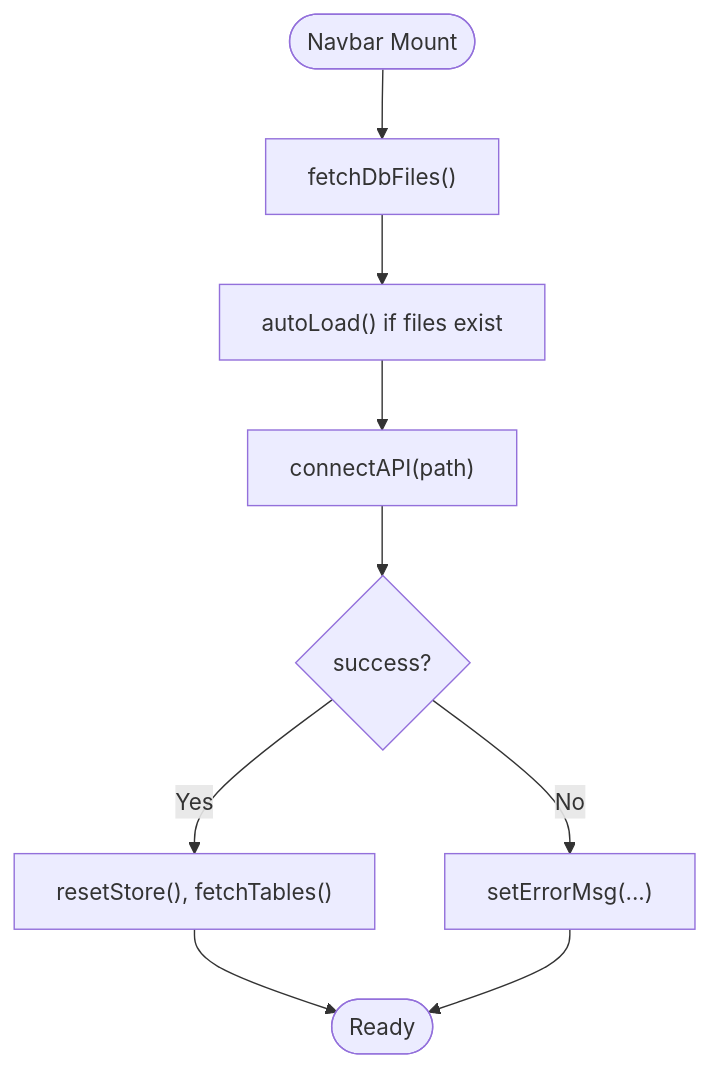
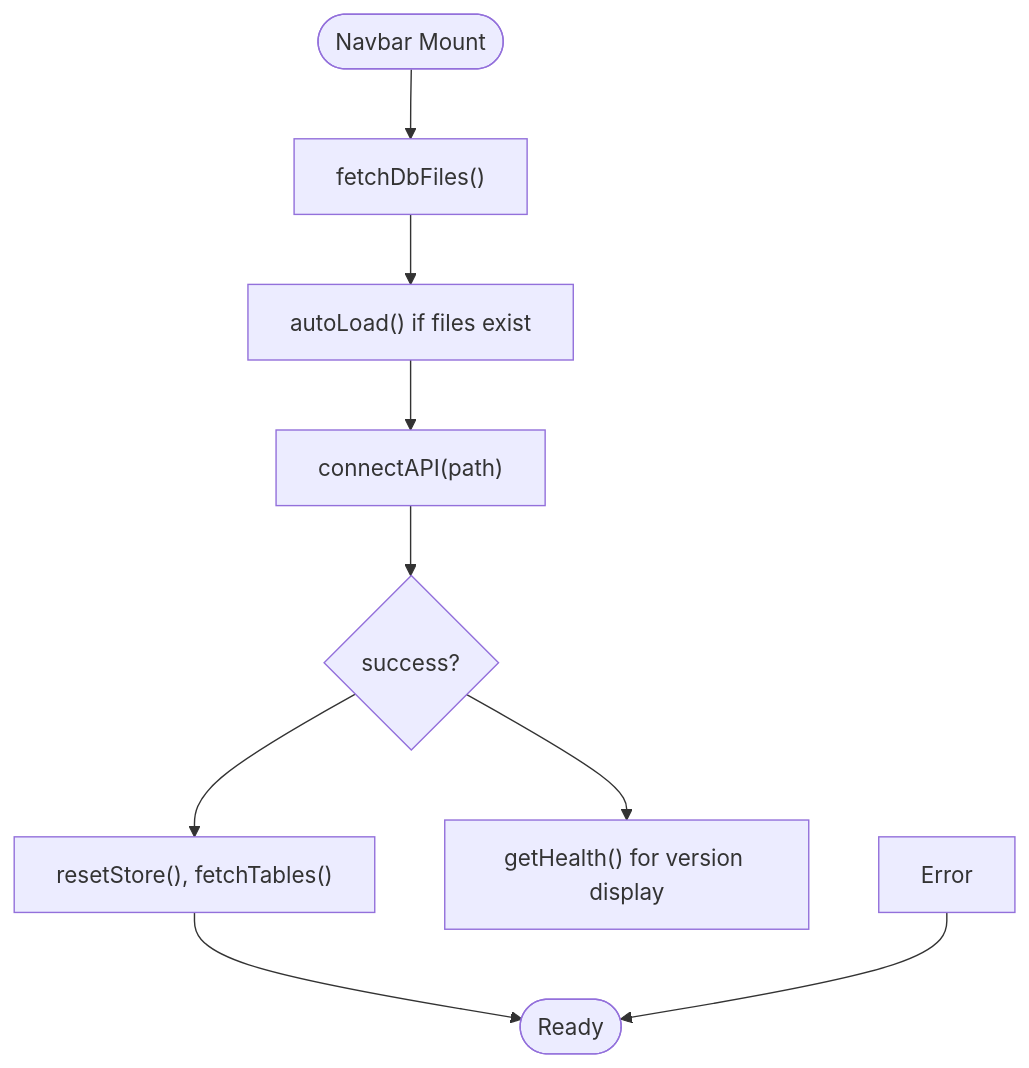
One commit to sutanto1010/crablite changed the eighth of 9 diagrams in .qoder/repowiki/en/content/Frontend Development/Frontend Development.md. Above: the diagram before and after it, drawn with Mermaid. The commit also changed other lines of this file and 30 other files, not shown here.

````diff
--- a/.qoder/repowiki/en/content/Frontend Development/Frontend Development.md
+++ b/.qoder/repowiki/en/content/Frontend Development/Frontend Development.md
@@ -316,11 +334,11 @@
 ```mermaid
 flowchart TD
 Start(["Navbar Mount"]) --> FetchFiles["fetchDbFiles()"]
 FetchFiles --> AutoLoad["autoLoad() if files exist"]
 AutoLoad --> Connect["connectAPI(path)"]
 Connect --> Success{"success?"}
-Success --> |Yes| Init["resetStore(), fetchTables()"]
-Success --> |No| Error["setErrorMsg(...)"]
+Success --> Init["resetStore(), fetchTables()"]
+Success --> Version["getHealth() for version display"]
 Init --> End(["Ready"])
 Error --> End
 ```
````
